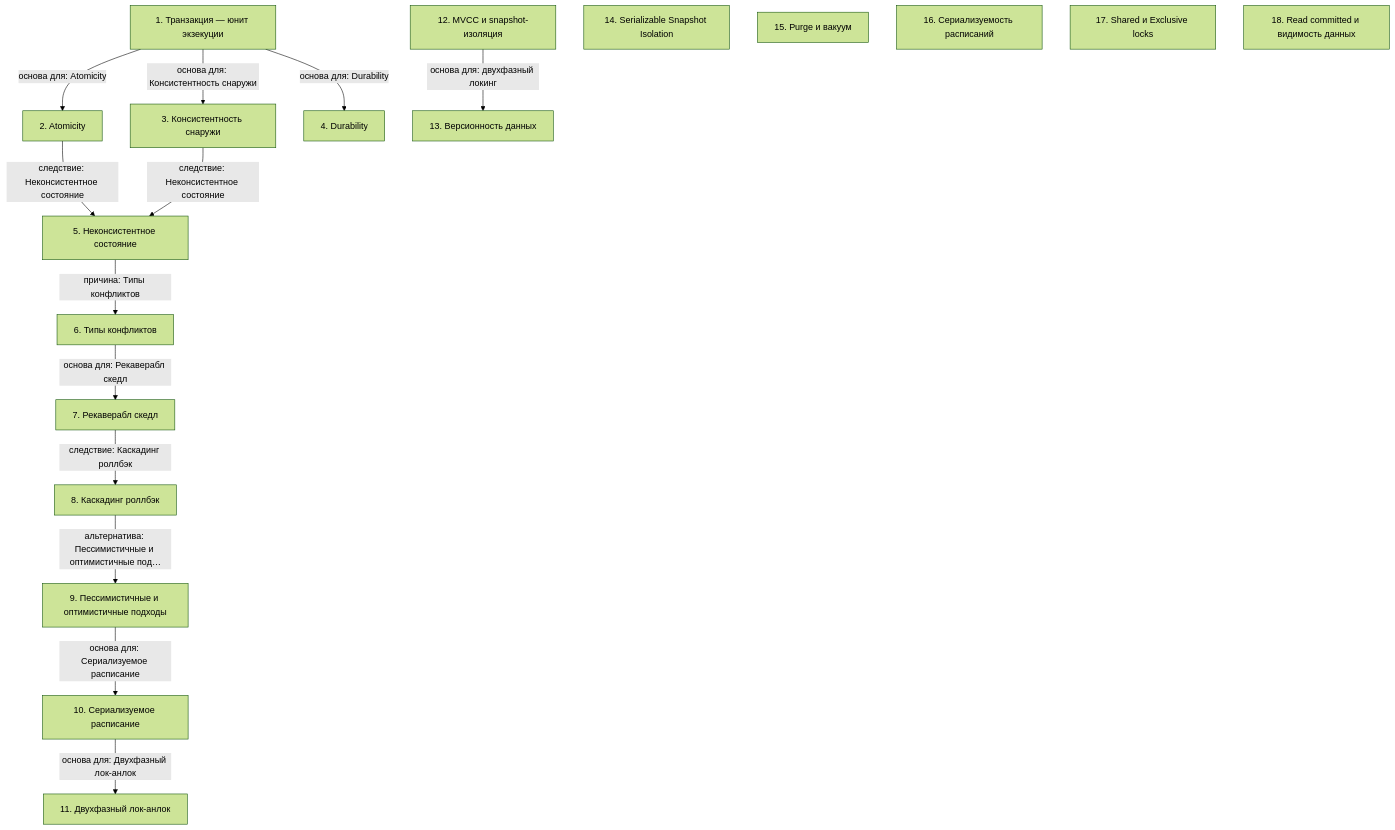
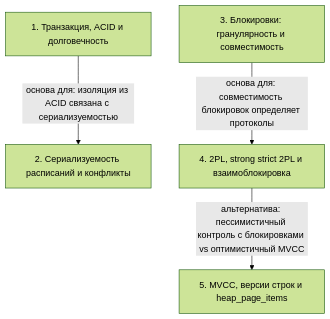
One commit to AsoloCode/notes changed the diagram in SSL.BAND Систем Дизайн/02 - transactions/notes.md. Above: the diagram before and after it, drawn with Mermaid (forest theme). The commit also changed other lines of this file and 391 other files, not shown here.

````diff
--- a/SSL.BAND Систем Дизайн/02 - transactions/notes.md
+++ b/SSL.BAND Систем Дизайн/02 - transactions/notes.md
@@ -175,33 +167,11 @@
 ```mermaid
 flowchart TD
-    n1["1. Транзакция — юнит экзекуции"]
-    n2["2. Atomicity"]
-    n3["3. Консистентность снаружи"]
-    n4["4. Durability"]
-    n5["5. Неконсистентное состояние"]
-    n6["6. Типы конфликтов"]
-    n7["7. Рекаверабл скедл"]
-    n8["8. Каскадинг роллбэк"]
-    n9["9. Пессимистичные и оптимистичные подходы"]
-    n10["10. Сериализуемое расписание"]
-    n11["11. Двухфазный лок-анлок"]
-    n12["12. MVCC и snapshot-изоляция"]
-    n13["13. Версионность данных"]
-    n14["14. Serializable Snapshot Isolation"]
-    n15["15. Purge и вакуум"]
-    n16["16. Сериализуемость расписаний"]
-    n17["17. Shared и Exclusive locks"]
-    n18["18. Read committed и видимость данных"]
-    n1 -->|основа для: Atomicity| n2
-    n1 -->|основа для: Консистентность снаружи| n3
-    n1 -->|основа для: Durability| n4
-    n2 -->|следствие: Неконсистентное состояние| n5
-    n3 -->|следствие: Неконсистентное состояние| n5
-    n5 -->|причина: Типы конфликтов| n6
-    n6 -->|основа для: Рекаверабл скедл| n7
-    n7 -->|следствие: Каскадинг роллбэк| n8
-    n8 -->|альтернатива: Пессимистичные и оптимистичные под…| n9
-    n9 -->|основа для: Сериализуемое расписание| n10
-    n10 -->|основа для: Двухфазный лок-анлок| n11
-    n12 -->|основа для: двухфазный локинг| n13
+    n1["1. Транзакция, ACID и долговечность"]
+    n2["2. Сериализуемость расписаний и конфликты"]
+    n3["3. Блокировки: гранулярность и совместимость"]
+    n4["4. 2PL, strong strict 2PL и взаимоблокировка"]
+    n5["5. MVCC, версии строк и heap_page_items"]
+    n1 -->|основа для: изоляция из ACID связана с сериализуемостью| n2
+    n3 -->|основа для: совместимость блокировок определяет протоколы| n4
+    n4 -->|альтернатива: пессимистичный контроль с блокировками vs оптимистичный MVCC| n5
 ```
````
